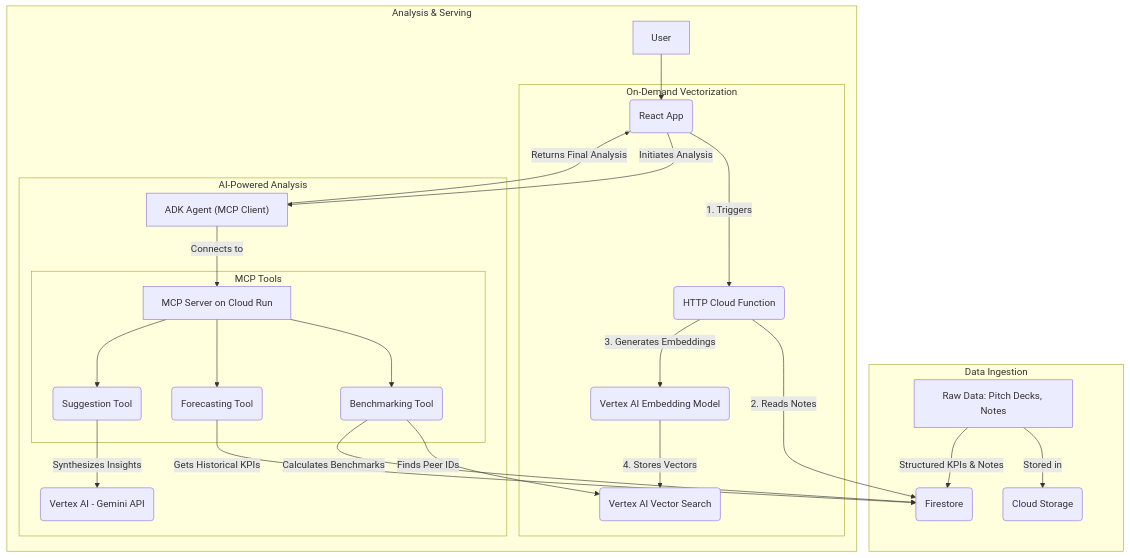
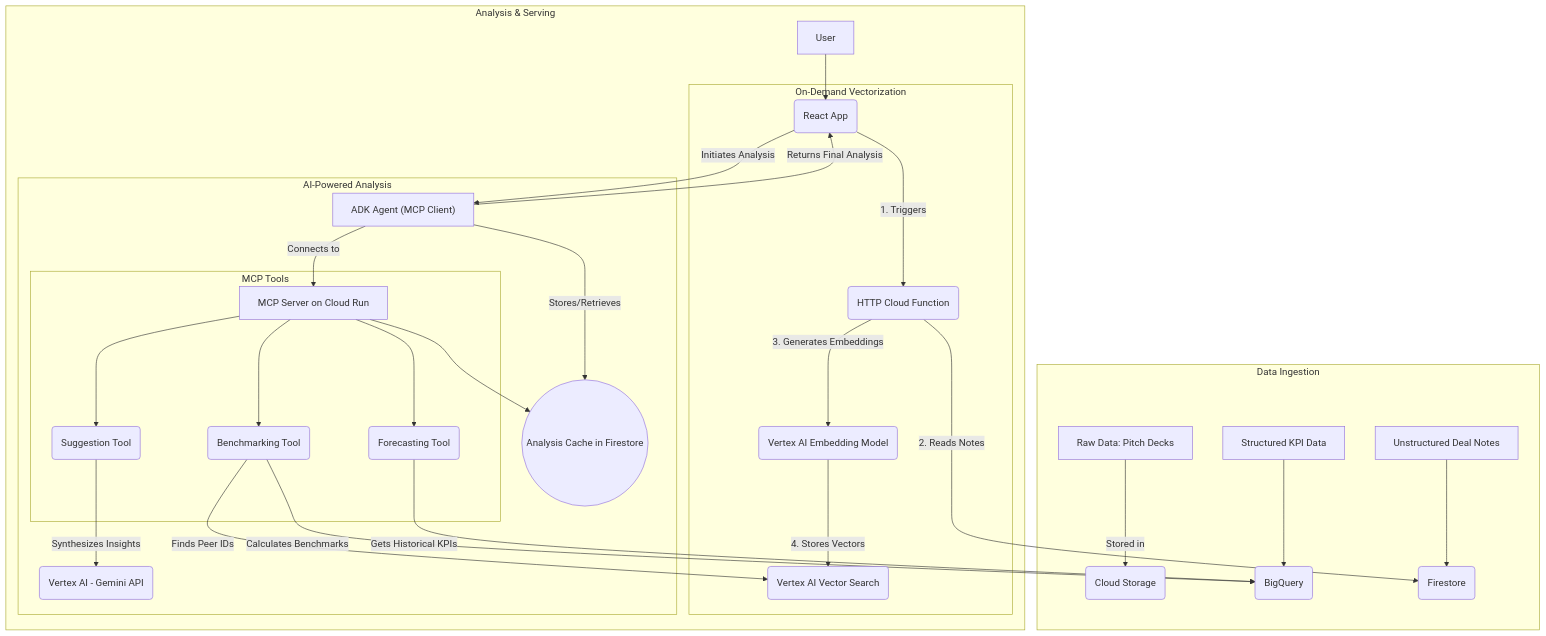
The first of 2 diagrams in usecase2.md (bakiyaa/AI-startup-Evaluator), drawn with Mermaid before and after one commit. The commit also changed other lines of this file, not shown here.

Commit message:
docs: Refine architecture with caching and BigQuery clarification

````diff
--- a/usecase2.md
+++ b/usecase2.md
@@ -15,36 +13,39 @@
 ```mermaid
 graph TD
     subgraph Data Ingestion
-        A[Raw Data: Pitch Decks, Notes] -->|Stored in| B(Cloud Storage)
-        A -->|Structured KPIs & Notes| F(Firestore)
+        A[Raw Data: Pitch Decks] -->|Stored in| B(Cloud Storage)
+        C[Structured KPI Data] --> D(BigQuery)
+        E[Unstructured Deal Notes] --> F(Firestore)
     end
 
     subgraph Analysis & Serving
         G[User] --> H(React App)
         
         subgraph On-Demand Vectorization
-            H -->|1. Triggers| C(HTTP Cloud Function)
-            C -->|2. Reads Notes| F
-            C -->|3. Generates Embeddings| D(Vertex AI Embedding Model)
-            D -->|4. Stores Vectors| E(Vertex AI Vector Search)
+            H -->|1. Triggers| I(HTTP Cloud Function)
+            I -->|2. Reads Notes| F
+            I -->|3. Generates Embeddings| J(Vertex AI Embedding Model)
+            J -->|4. Stores Vectors| K(Vertex AI Vector Search)
         end
 
         subgraph AI-Powered Analysis
-            H -->|Initiates Analysis| I["ADK Agent (MCP Client)"]
-            I -->|Connects to| J[MCP Server on Cloud Run]
+            H -->|Initiates Analysis| L["ADK Agent (MCP Client)"]
+            L -->|Connects to| M[MCP Server on Cloud Run]
+            M --> N((Analysis Cache in Firestore))
             
             subgraph MCP Tools
-                J --> K(Benchmarking Tool)
-                J --> L(Forecasting Tool)
-                J --> M(Suggestion Tool)
+                M --> O(Benchmarking Tool)
+                M --> P(Forecasting Tool)
+                M --> Q(Suggestion Tool)
             end
 
-            K -->|Finds Peer IDs| E
-            K -->|Calculates Benchmarks| F
-            L -->|Gets Historical KPIs| F
-            M -->|Synthesizes Insights| N(Vertex AI - Gemini API)
+            O -->|Finds Peer IDs| K
+            O -->|Calculates Benchmarks| D
+            P -->|Gets Historical KPIs| D
+            Q -->|Synthesizes Insights| R(Vertex AI - Gemini API)
         end
 
-        I -->|Returns Final Analysis| H
+        L -->|Stores/Retrieves| N
+        L -->|Returns Final Analysis| H
     end
 ```
````
